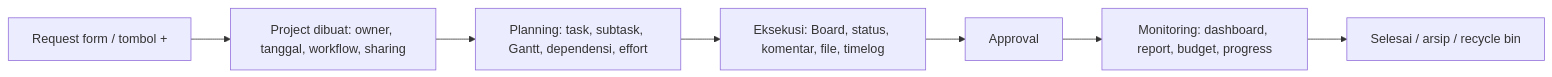
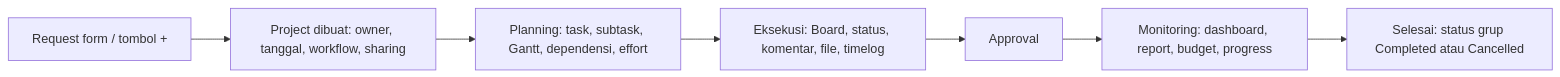
Before and after one commit to anissaefuddin/pms: the first of 2 diagrams in docs/PRD_PMS.md, drawn with Mermaid. The commit also changed other lines of this file, not shown here.

````diff
--- a/docs/PRD_PMS.md
+++ b/docs/PRD_PMS.md
@@ -273,9 +299,9 @@
 ```mermaid
 flowchart LR
     A[Request form / tombol +] --> B[Project dibuat: owner, tanggal, workflow, sharing]
     B --> C[Planning: task, subtask, Gantt, dependensi, effort]
     C --> D[Eksekusi: Board, status, komentar, file, timelog]
     D --> E[Approval]
     E --> F[Monitoring: dashboard, report, budget, progress]
-    F --> G[Selesai / arsip / recycle bin]
+    F --> G[Selesai: status grup Completed atau Cancelled]
 ```
````
